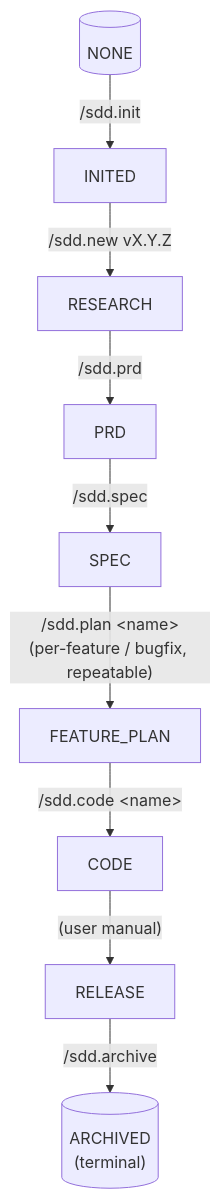
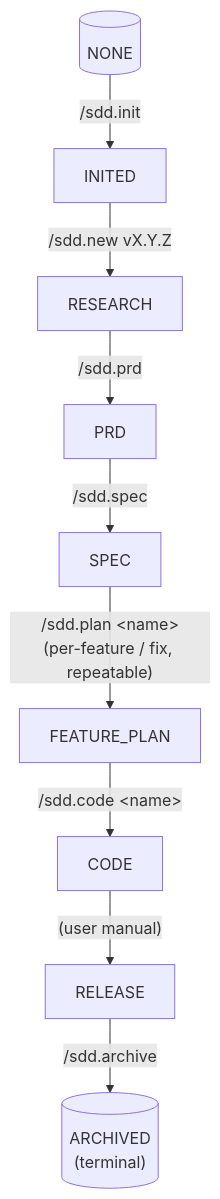
One commit to dachang364-tech/SDD-Land-Spec changed the diagram in docs/superpowers/specs/2026-07-07-sdd-codeagent-plugin-design.md. Above: the diagram before and after it, drawn with Mermaid. The commit also changed other lines of this file, not shown here.

````diff
--- a/docs/superpowers/specs/2026-07-07-sdd-codeagent-plugin-design.md
+++ b/docs/superpowers/specs/2026-07-07-sdd-codeagent-plugin-design.md
@@ -97,11 +96,11 @@
 ```mermaid
 flowchart TD
     NONE[("NONE")] -- /sdd.init --> INITED["INITED"]
     INITED -- "/sdd.new vX.Y.Z" --> RESEARCH["RESEARCH"]
     RESEARCH -- /sdd.prd --> PRD["PRD"]
     PRD -- /sdd.spec --> SPEC["SPEC"]
-    SPEC -- "/sdd.plan &lt;name&gt;<br/>(per-feature / bugfix, repeatable)" --> FEATURE_PLAN["FEATURE_PLAN"]
+    SPEC -- "/sdd.plan &lt;name&gt;<br/>(per-feature / fix, repeatable)" --> FEATURE_PLAN["FEATURE_PLAN"]
     FEATURE_PLAN -- "/sdd.code &lt;name&gt;" --> CODE["CODE"]
     CODE -- "(user manual)" --> RELEASE["RELEASE"]
     RELEASE -- /sdd.archive --> ARCHIVED[("ARCHIVED<br/>(terminal)")]
 ```
````
